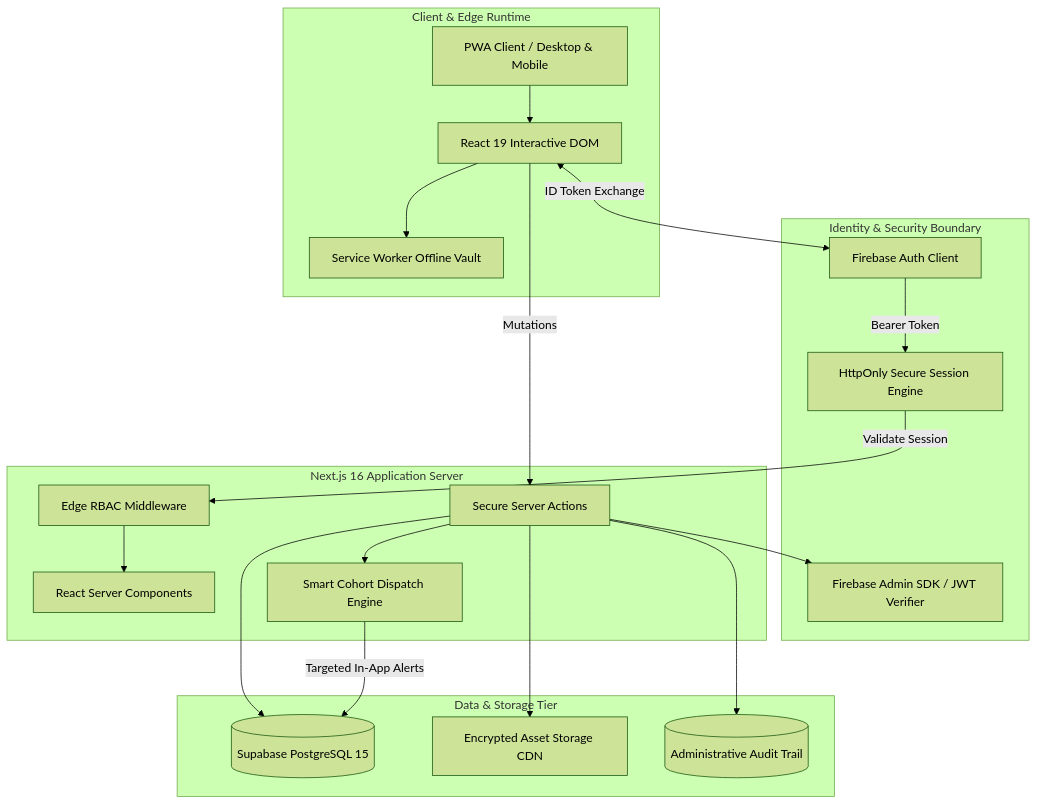
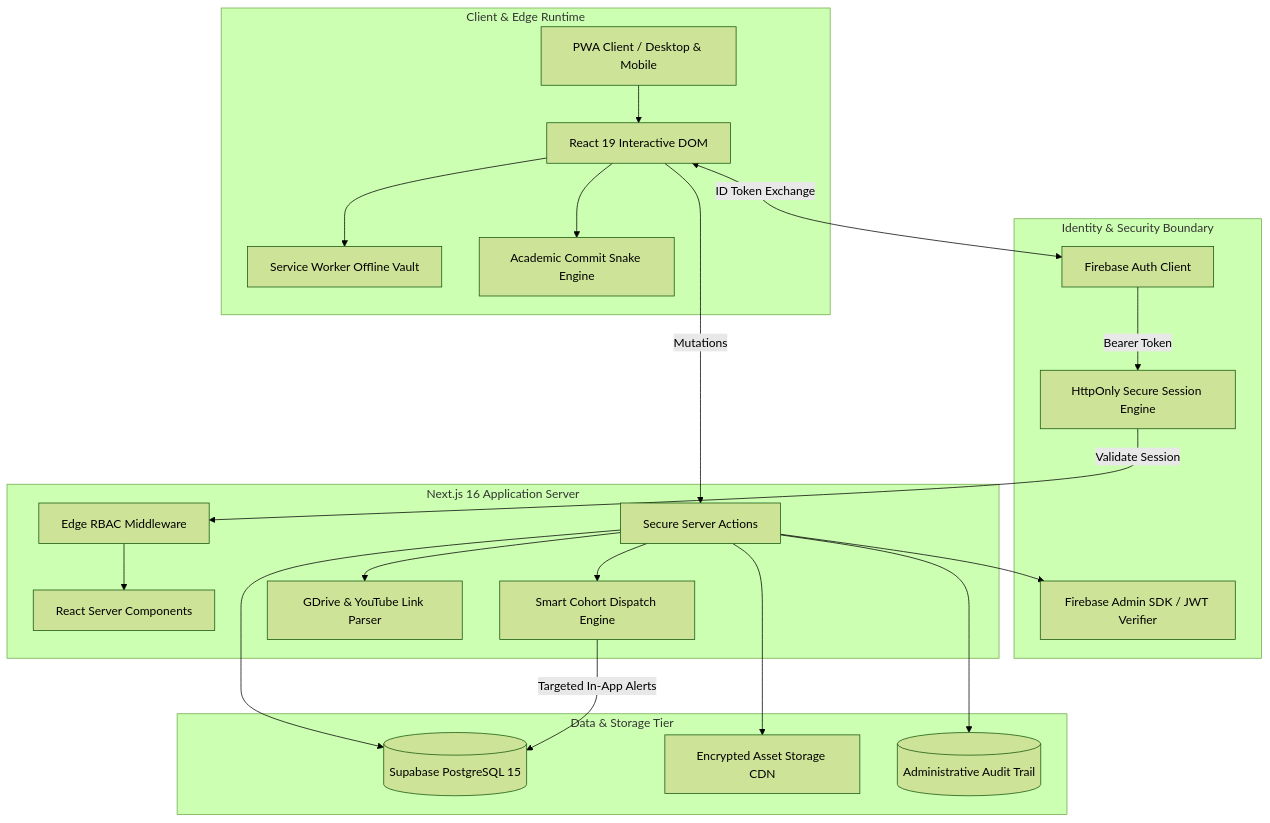
Before and after one commit to heysudhuu/prevu: the first of 2 diagrams in README.md, drawn with Mermaid (forest theme). The commit also changed other lines of this file, not shown here.

Commit message:
docs: comprehensive README overhaul with compact navigation, reappear hub, multi-modal links, and contribution snake game

````diff
--- a/README.md
+++ b/README.md
@@ -62,41 +65,45 @@
 ```mermaid
 flowchart TB
     subgraph ClientLayer [Client & Edge Runtime]
         PWA[PWA Client / Desktop & Mobile]
         DOM[React 19 Interactive DOM]
         SW[Service Worker Offline Vault]
+        Snake[Academic Commit Snake Engine]
     end
 
     subgraph AuthLayer [Identity & Security Boundary]
         FirebaseAuth[Firebase Auth Client]
         FirebaseAdmin[Firebase Admin SDK / JWT Verifier]
         CookieEngine[HttpOnly Secure Session Engine]
     end
 
     subgraph AppRouter [Next.js 16 Application Server]
         RSC[React Server Components]
         ServerActions[Secure Server Actions]
         Middleware[Edge RBAC Middleware]
         CohortDispatcher[Smart Cohort Dispatch Engine]
+        LinkParser[GDrive & YouTube Link Parser]
     end
 
     subgraph PersistenceLayer [Data & Storage Tier]
         SupabasePostgres[(Supabase PostgreSQL 15)]
         SupabaseStorage[Encrypted Asset Storage CDN]
         AuditLog[(Administrative Audit Trail)]
     end
 
     PWA --> DOM
     DOM --> SW
+    DOM --> Snake
     DOM <-->|ID Token Exchange| FirebaseAuth
     FirebaseAuth -->|Bearer Token| CookieEngine
     CookieEngine -->|Validate Session| Middleware
     Middleware --> RSC
     DOM -->|Mutations| ServerActions
     ServerActions --> FirebaseAdmin
+    ServerActions --> LinkParser
     ServerActions --> SupabasePostgres
     ServerActions --> SupabaseStorage
     ServerActions --> CohortDispatcher
     CohortDispatcher -->|Targeted In-App Alerts| SupabasePostgres
     ServerActions --> AuditLog
 ```
````
